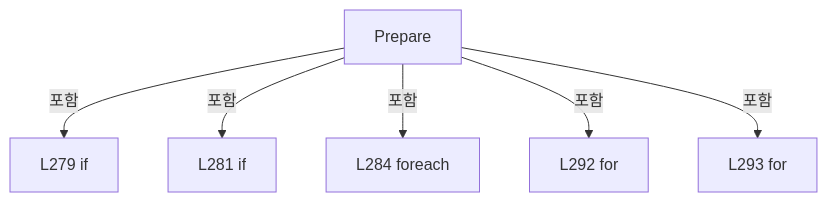
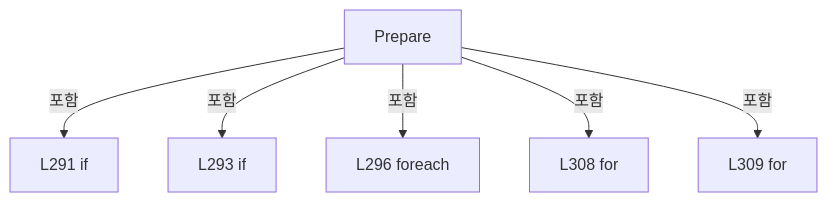
Diagram 11 of 22 in A3 LD Code Ref/files/Drilling.Common/Correction/CAlignInterpolation.cs.md (kjuws10-rgb/Shared), drawn with Mermaid before and after one commit. The commit also changed other lines of this file and 2071 other files, not shown here.

Commit message:
docs(a3): update 11.19.0 architecture and code reference

````diff
--- a/A3 LD Code Ref/files/Drilling.Common/Correction/CAlignInterpolation.cs.md
+++ b/A3 LD Code Ref/files/Drilling.Common/Correction/CAlignInterpolation.cs.md
@@ -2510,14 +2603,14 @@
 ```mermaid
 flowchart TD
  M["Prepare"]
- N0["L279 if"]
+ N0["L291 if"]
  M -->|포함| N0
- N1["L281 if"]
+ N1["L293 if"]
  M -->|포함| N1
- N2["L284 foreach"]
+ N2["L296 foreach"]
  M -->|포함| N2
- N3["L292 for"]
+ N3["L308 for"]
  M -->|포함| N3
- N4["L293 for"]
+ N4["L309 for"]
  M -->|포함| N4
 ```
````
